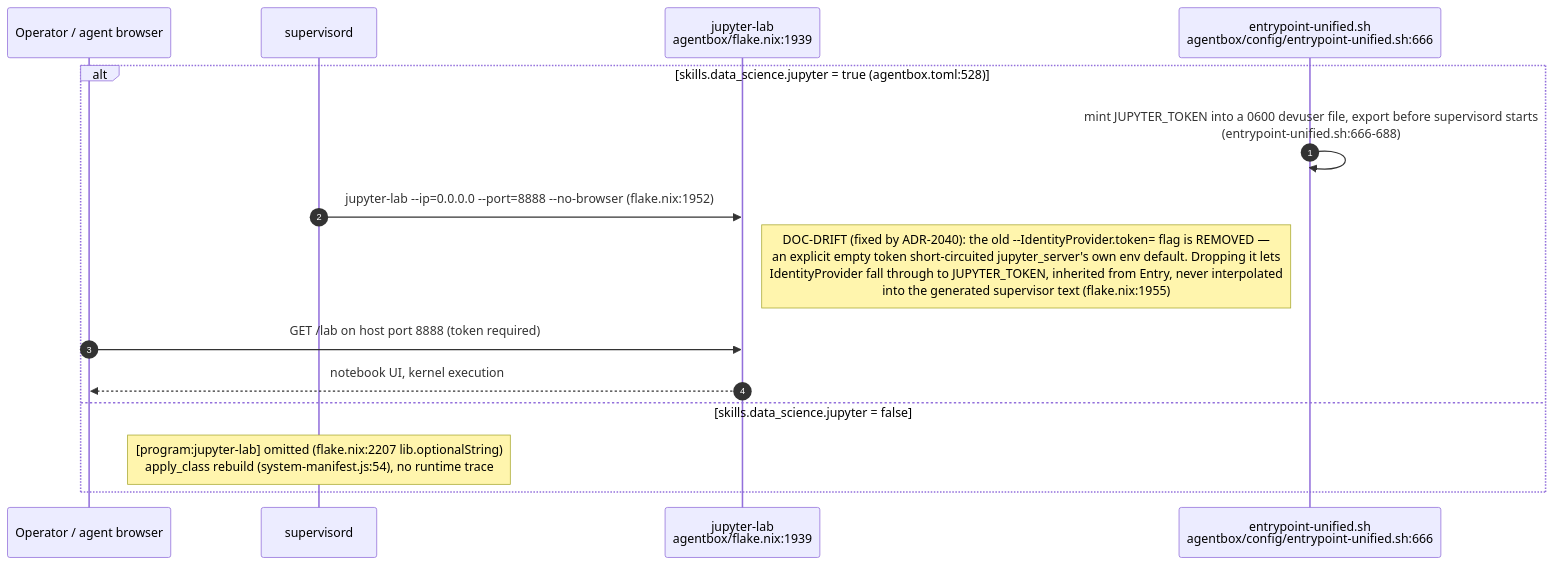
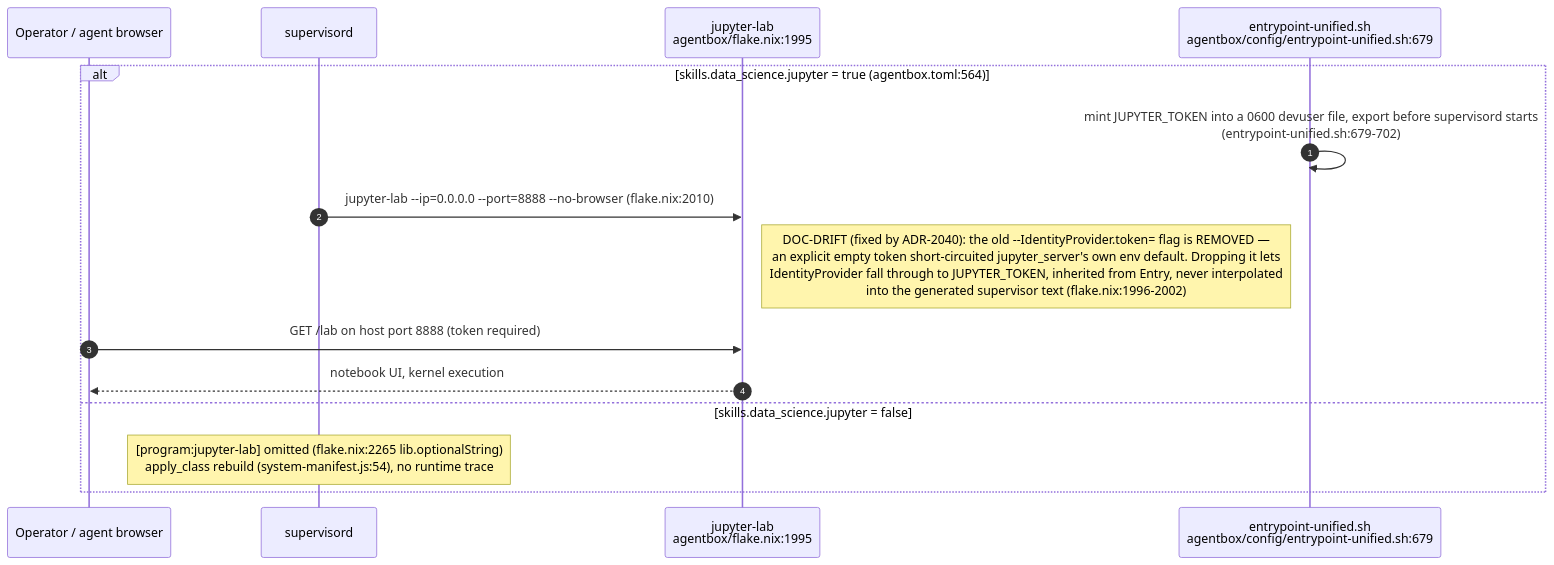
Before and after one commit to DreamLab-AI/VisionFlow: the fifth of 13 diagrams in docs/diagrams/agentbox/27-media-gpu-capability-services.md, drawn with Mermaid. The commit also changed other lines of this file and 28 other files, not shown here.

````diff
--- a/docs/diagrams/agentbox/27-media-gpu-capability-services.md
+++ b/docs/diagrams/agentbox/27-media-gpu-capability-services.md
@@ -184,18 +184,18 @@
 ```mermaid
 sequenceDiagram
     autonumber
     participant Op as Operator / agent browser
     participant Sup as supervisord
-    participant Lab as jupyter-lab<br/>agentbox/flake.nix:1939
-    participant Entry as entrypoint-unified.sh<br/>agentbox/config/entrypoint-unified.sh:666
+    participant Lab as jupyter-lab<br/>agentbox/flake.nix:1995
+    participant Entry as entrypoint-unified.sh<br/>agentbox/config/entrypoint-unified.sh:679
 
-    alt skills.data_science.jupyter = true (agentbox.toml:528)
-        Entry->>Entry: mint JUPYTER_TOKEN into a 0600 devuser file, export before supervisord starts<br/>(entrypoint-unified.sh:666-688)
-        Sup->>Lab: jupyter-lab --ip=0.0.0.0 --port=8888 --no-browser (flake.nix:1952)
-        Note right of Lab: DOC-DRIFT (fixed by ADR-2040): the old --IdentityProvider.token= flag is REMOVED —<br/>an explicit empty token short-circuited jupyter_server's own env default. Dropping it lets<br/>IdentityProvider fall through to JUPYTER_TOKEN, inherited from Entry, never interpolated<br/>into the generated supervisor text (flake.nix:1955)
+    alt skills.data_science.jupyter = true (agentbox.toml:564)
+        Entry->>Entry: mint JUPYTER_TOKEN into a 0600 devuser file, export before supervisord starts<br/>(entrypoint-unified.sh:679-702)
+        Sup->>Lab: jupyter-lab --ip=0.0.0.0 --port=8888 --no-browser (flake.nix:2010)
+        Note right of Lab: DOC-DRIFT (fixed by ADR-2040): the old --IdentityProvider.token= flag is REMOVED —<br/>an explicit empty token short-circuited jupyter_server's own env default. Dropping it lets<br/>IdentityProvider fall through to JUPYTER_TOKEN, inherited from Entry, never interpolated<br/>into the generated supervisor text (flake.nix:1996-2002)
         Op->>Lab: GET /lab on host port 8888 (token required)
         Lab-->>Op: notebook UI, kernel execution
     else skills.data_science.jupyter = false
-        Note over Sup: [program:jupyter-lab] omitted (flake.nix:2207 lib.optionalString)<br/>apply_class rebuild (system-manifest.js:54), no runtime trace
+        Note over Sup: [program:jupyter-lab] omitted (flake.nix:2265 lib.optionalString)<br/>apply_class rebuild (system-manifest.js:54), no runtime trace
     end
 ```
````
